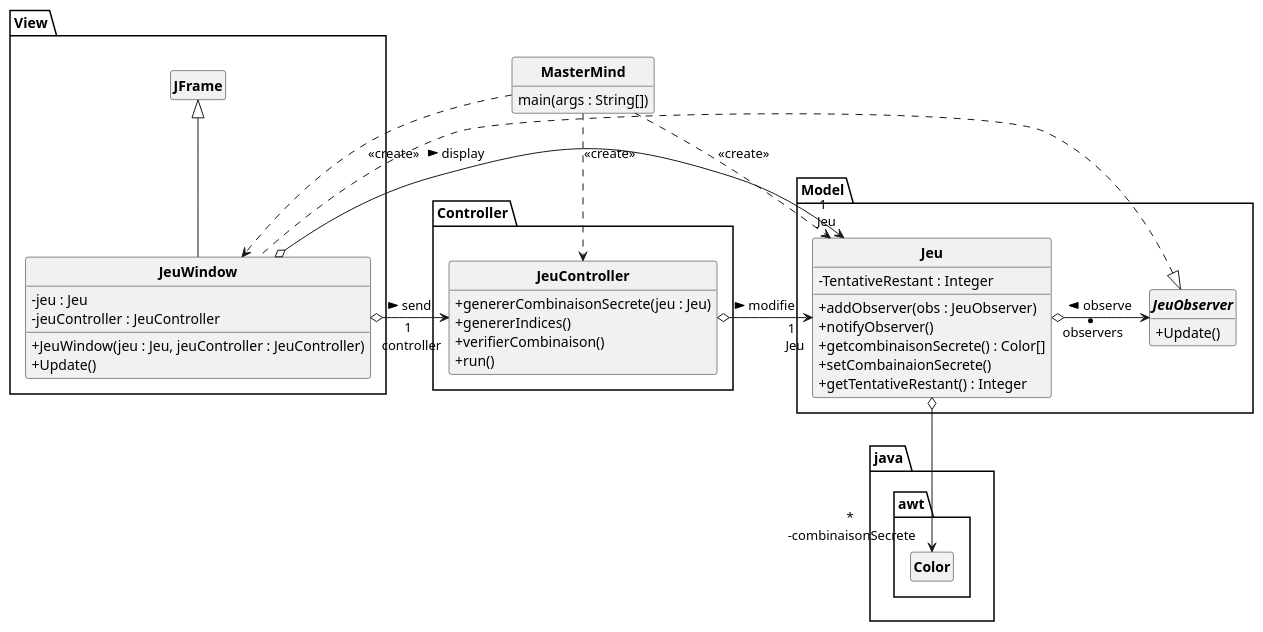
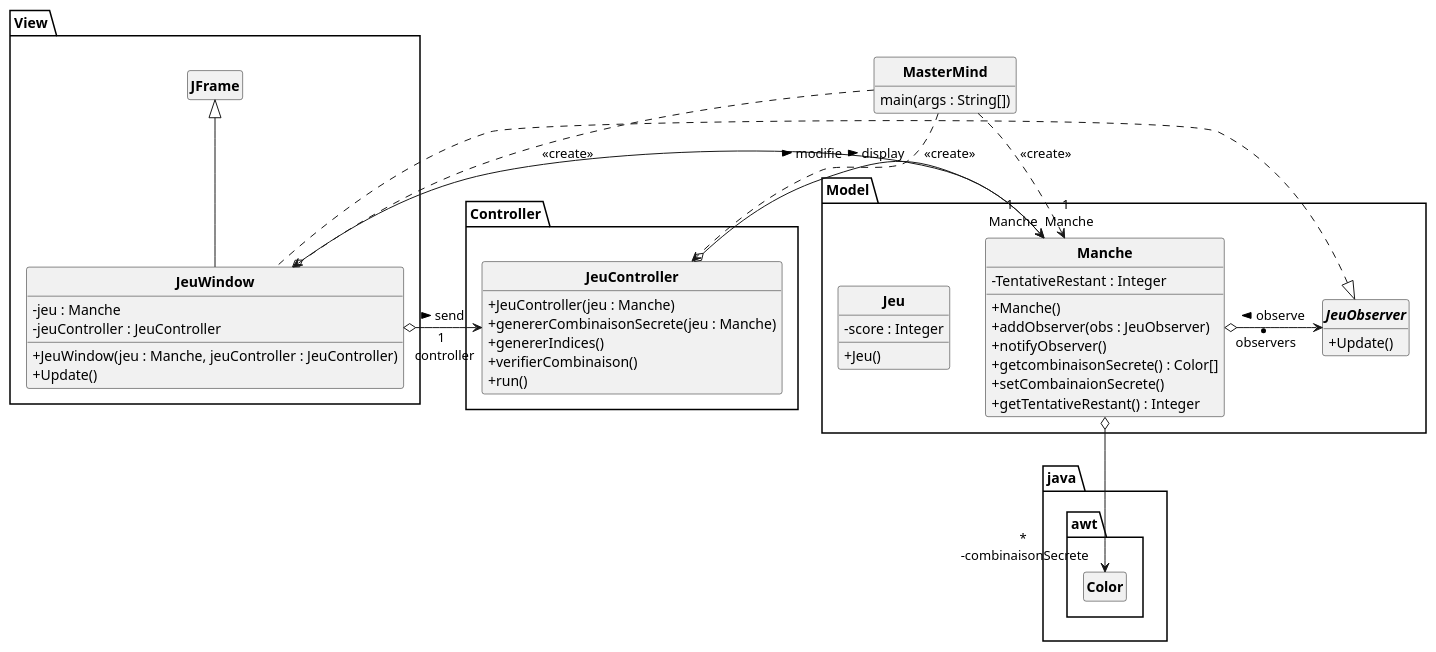
One commit to aymkoub/Mastermind changed the diagram in Mastermind/src/Mastermind.puml. Above: the diagram before and after it, drawn with PlantUML. The commit also changed 8 other files, not shown here.

```diff
--- a/Mastermind/src/Mastermind.puml
+++ b/Mastermind/src/Mastermind.puml
@@ -1,58 +1,65 @@
 @startuml
 'https://plantuml.com/class-diagram
 
 skinparam classAttributeIconSize 0
 skinparam classFontStyle Bold
 skinparam style strictuml
 hide empty members
 
 package Controller{
     class JeuController{
-        + genererCombinaisonSecrete(jeu : Jeu)
+        + JeuController(jeu : Manche)
+        + genererCombinaisonSecrete(jeu : Manche)
         + genererIndices()
         + verifierCombinaison()
         + run()
     }
 }
 
 package java.awt{
     class Color
 }
 
 package Model{
-    class Jeu {
-        - TentativeRestant : Integer
+    class Jeu
+    {
+        - score : Integer
+        + Jeu()
+    }
+    class Manche {
+        - TentativeRestant : Integer    
+        + Manche()
         + addObserver(obs : JeuObserver)
         + notifyObserver()
         + getcombinaisonSecrete() : Color[]
         + setCombainaionSecrete()
         + getTentativeRestant() : Integer
     }
 
-    Jeu o-d->"*\n -combinaisonSecrete" Color
+    Manche o-d->"*\n -combinaisonSecrete" Color
 
     interface JeuObserver{
        + Update()
     }
 }
 package View{
     class JeuWindow extends JFrame implements Model.JeuObserver{
-        - jeu : Jeu
+        - jeu : Manche
         - jeuController : JeuController
-        + JeuWindow(jeu : Jeu, jeuController : JeuController)
+        + JeuWindow(jeu : Manche, jeuController : JeuController)
         + Update()
 
     }
 }
 class MasterMind
 {
     main(args : String[])
 }
 View.JeuWindow o-> "1 \n controller"Controller.JeuController : > send
-View.JeuWindow o->"1 \n Jeu" Model.Jeu : > display
+View.JeuWindow o->"1 \n Manche" Model.Manche : > display
 MasterMind ..> View.JeuWindow : <<create>>
 MasterMind ..> Controller.JeuController : <<create>>
-MasterMind ..> Model.Jeu : <<create>>
-Model.Jeu "* \n observers" o-> Model.JeuObserver : < observe
-Controller.JeuController o->"1 \n Jeu" Model.Jeu : > modifie
+MasterMind ..> Model.Manche: <<create>>
+Model.Manche "* \n observers" o-> Model.JeuObserver : < observe
+Controller.JeuController o->"1 \n Manche" Model.Manche : > modifie
 @enduml
```
